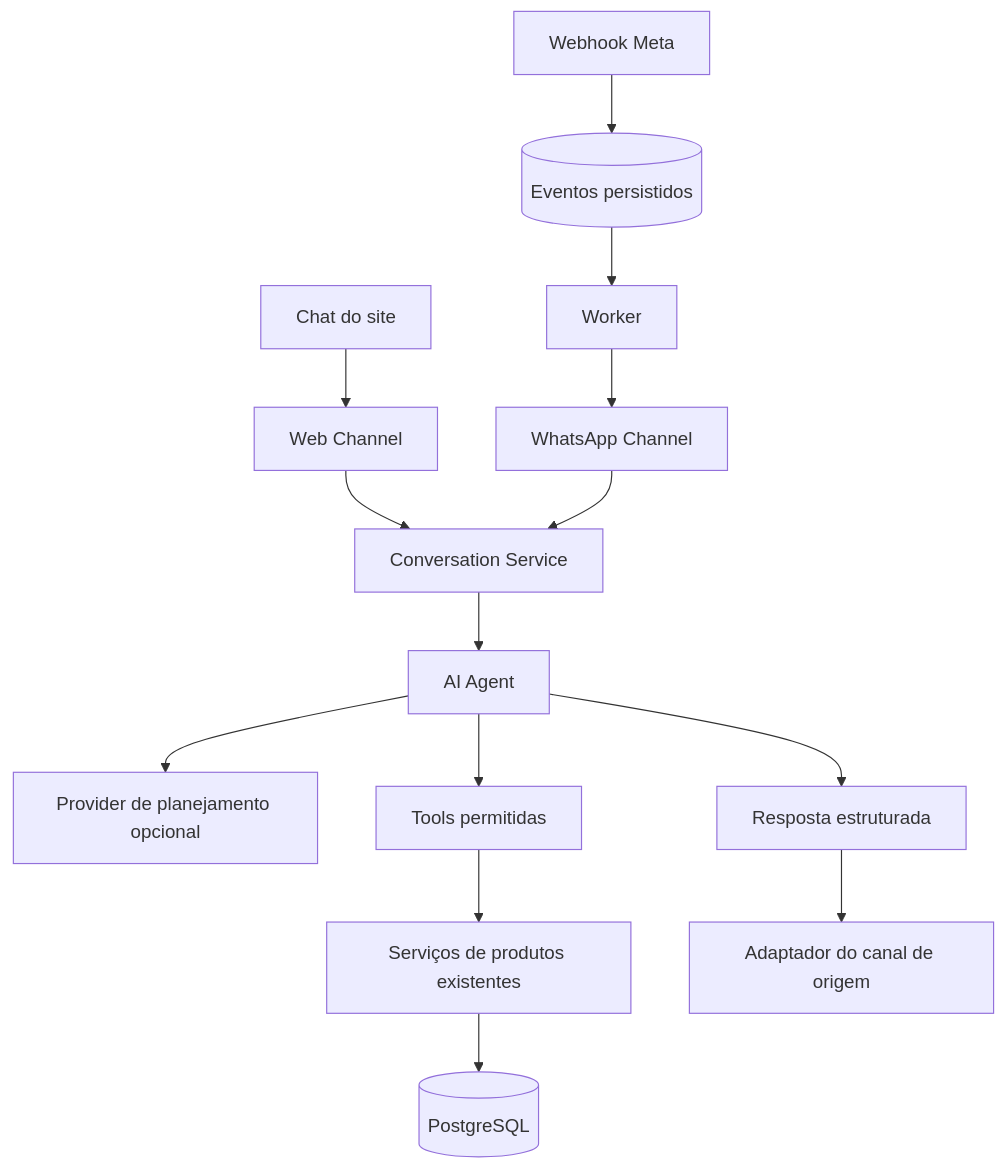
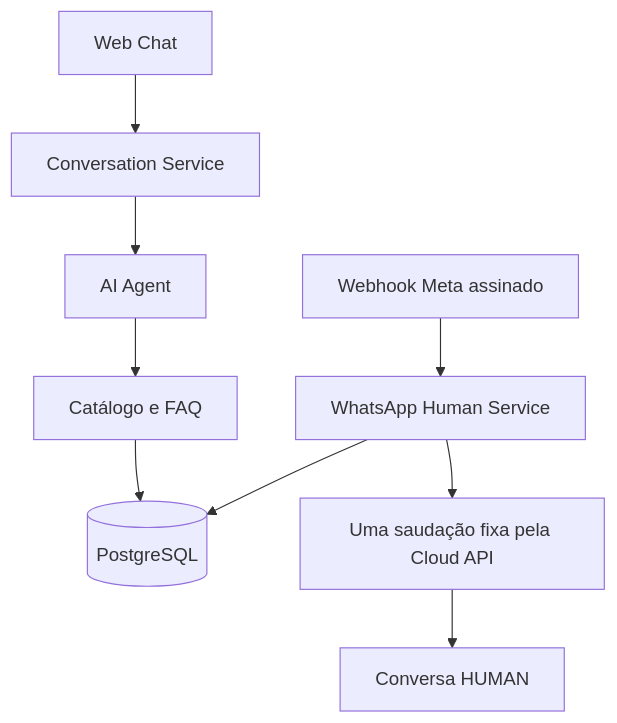
Before and after one commit to andersongaalves/dark_district_shop: the diagram in docs/agente-multicanal.md, drawn with Mermaid. The commit also changed other lines of this file and 20 other files, not shown here.

Commit message:
feat: torna WhatsApp humano com saudação única [skip render]

````diff
--- a/docs/agente-multicanal.md
+++ b/docs/agente-multicanal.md
@@ -51,16 +7,11 @@
 ```mermaid
 flowchart TD
-  Web[Chat do site] --> WebAdapter[Web Channel]
-  Meta[Webhook Meta] --> Jobs[(Eventos persistidos)]
-  Jobs --> Worker[Worker]
-  Worker --> WA[WhatsApp Channel]
-  WebAdapter --> Conversation[Conversation Service]
-  WA --> Conversation
+  Site[Web Chat] --> Conversation[Conversation Service]
   Conversation --> Agent[AI Agent]
-  Agent --> Provider[Provider de planejamento opcional]
-  Agent --> Tools[Tools permitidas]
-  Tools --> Catalog[Serviços de produtos existentes]
-  Catalog --> DB[(PostgreSQL)]
-  Agent --> Reply[Resposta estruturada]
-  Reply --> Channels[Adaptador do canal de origem]
+  Agent --> Tools[Catálogo e FAQ]
+  Tools --> DB[(PostgreSQL)]
+  Meta[Webhook Meta assinado] --> Human[WhatsApp Human Service]
+  Human --> DB
+  Human --> Welcome[Uma saudação fixa pela Cloud API]
+  Welcome --> Status[Conversa HUMAN]
 ```
````
